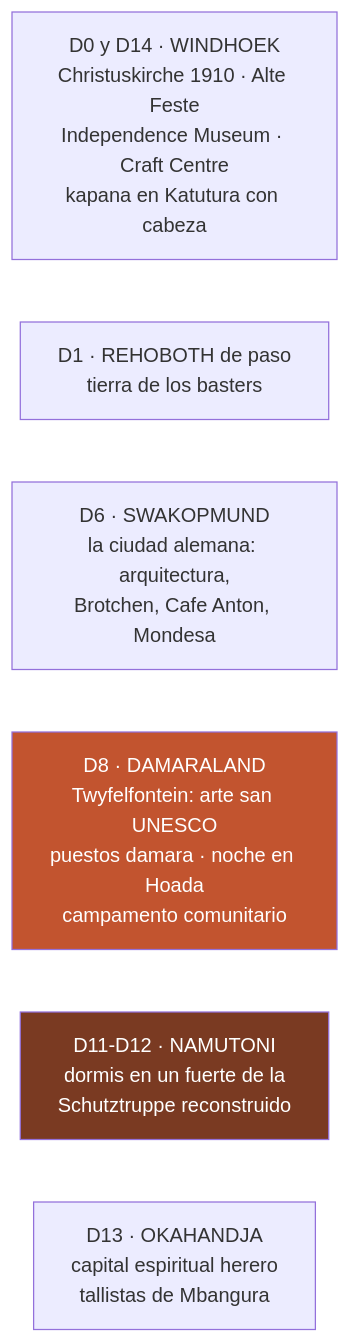
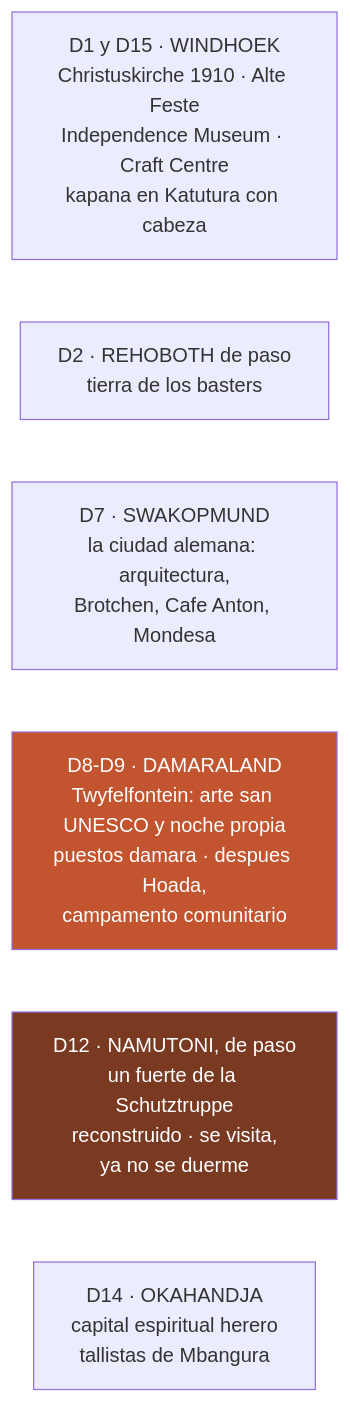
Before and after one commit to morandeirachema/namibia: the fourth of 4 diagrams in 19-cultura-de-namibia.md, drawn with Mermaid. The commit also changed other lines of this file and 54 other files, not shown here.

````diff
--- a/19-cultura-de-namibia.md
+++ b/19-cultura-de-namibia.md
@@ -192,14 +193,14 @@
 ```mermaid
 flowchart TD
 %% ancho
-    D0["D0 y D14 · WINDHOEK<br/>Christuskirche 1910 · Alte Feste<br/>Independence Museum · Craft Centre<br/>kapana en Katutura con cabeza"]
-    D1["D1 · REHOBOTH de paso<br/>tierra de los basters"]
-    D6["D6 · SWAKOPMUND<br/>la ciudad alemana: arquitectura,<br/>Brotchen, Cafe Anton, Mondesa"]
-    D8["D8 · DAMARALAND<br/>Twyfelfontein: arte san UNESCO<br/>puestos damara · noche en Hoada<br/>campamento comunitario"]
-    D11["D11-D12 · NAMUTONI<br/>dormis en un fuerte de la<br/>Schutztruppe reconstruido"]
-    D13["D13 · OKAHANDJA<br/>capital espiritual herero<br/>tallistas de Mbangura"]
-    D0 ~~~ D1 ~~~ D6
-    D6 ~~~ D8 ~~~ D11 ~~~ D13
-    style D8 fill:#C2542F,color:#fff
-    style D11 fill:#7a3a22,color:#fff
+    D1["D1 y D15 · WINDHOEK<br/>Christuskirche 1910 · Alte Feste<br/>Independence Museum · Craft Centre<br/>kapana en Katutura con cabeza"]
+    D2["D2 · REHOBOTH de paso<br/>tierra de los basters"]
+    D7["D7 · SWAKOPMUND<br/>la ciudad alemana: arquitectura,<br/>Brotchen, Cafe Anton, Mondesa"]
+    D9["D8-D9 · DAMARALAND<br/>Twyfelfontein: arte san UNESCO y noche propia<br/>puestos damara · despues Hoada,<br/>campamento comunitario"]
+    D12["D12 · NAMUTONI, de paso<br/>un fuerte de la Schutztruppe<br/>reconstruido · se visita,<br/>ya no se duerme"]
+    D14["D14 · OKAHANDJA<br/>capital espiritual herero<br/>tallistas de Mbangura"]
+    D1 ~~~ D2 ~~~ D7
+    D7 ~~~ D9 ~~~ D12 ~~~ D14
+    style D9 fill:#C2542F,color:#fff
+    style D12 fill:#7a3a22,color:#fff
 ```
````
